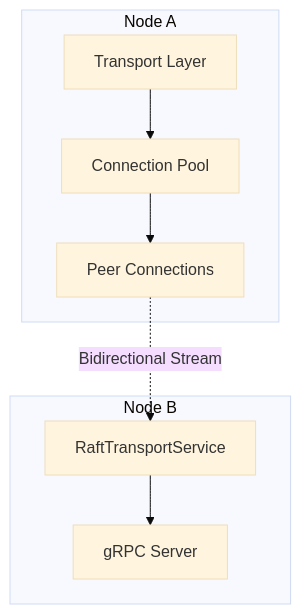
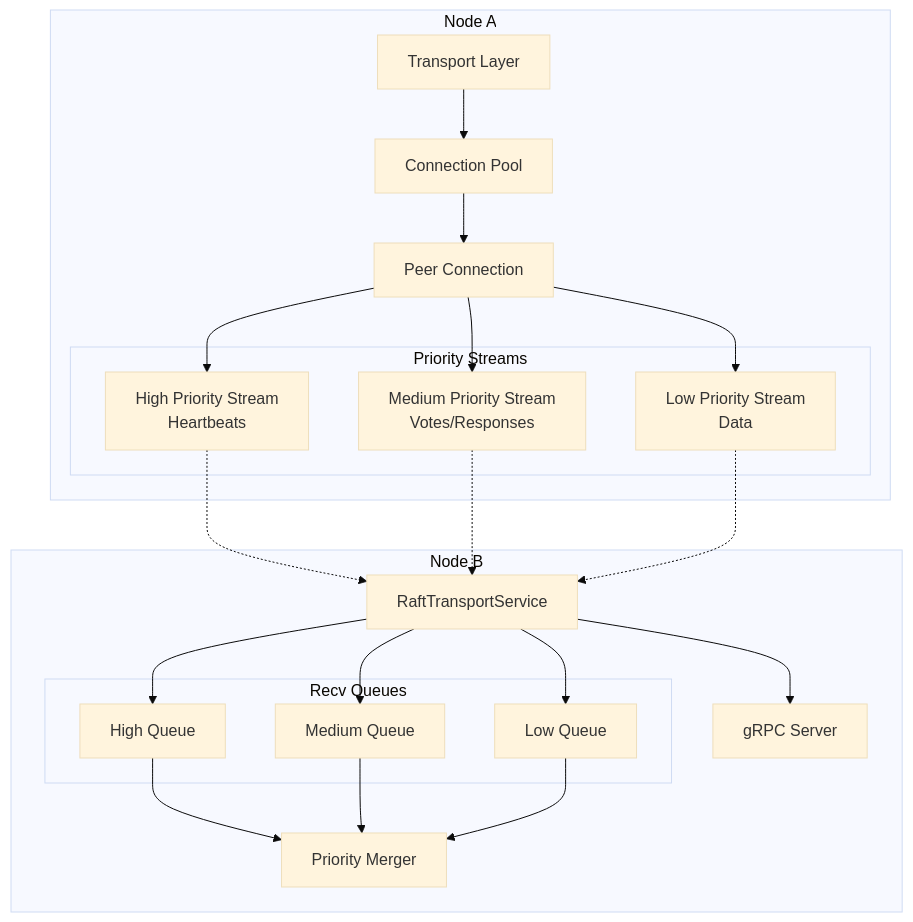
One commit to formancehq/ledger changed the first of 5 diagrams in docs/grpc-connections.md. Above: the diagram before and after it, drawn with Mermaid (base theme). The commit also changed other lines of this file and 14 other files, not shown here.

````diff
--- a/docs/grpc-connections.md
+++ b/docs/grpc-connections.md
@@ -9,18 +9,46 @@
 ```mermaid
 graph TB
     subgraph "Node A"
         Transport[Transport Layer]
         ConnPool[Connection Pool]
-        PeerConn[Peer Connections]
+        PeerConn[Peer Connection]
+        
+        subgraph "Priority Streams"
+            HighStream[High Priority Stream<br/>Heartbeats]
+            MedStream[Medium Priority Stream<br/>Votes/Responses]
+            LowStream[Low Priority Stream<br/>Data]
+        end
     end
     
     subgraph "Node B"
         GRPCServer[gRPC Server]
         RaftService[RaftTransportService]
+        
+        subgraph "Recv Queues"
+            HighQ[High Queue]
+            MedQ[Medium Queue]
+            LowQ[Low Queue]
+        end
+        Merger[Priority Merger]
     end
     
     Transport --> ConnPool
     ConnPool --> PeerConn
-    PeerConn -.Bidirectional Stream.-> RaftService
+    PeerConn --> HighStream
+    PeerConn --> MedStream
+    PeerConn --> LowStream
+    
+    HighStream -.-> RaftService
+    MedStream -.-> RaftService
+    LowStream -.-> RaftService
+    
+    RaftService --> HighQ
+    RaftService --> MedQ
+    RaftService --> LowQ
+    
+    HighQ --> Merger
+    MedQ --> Merger
+    LowQ --> Merger
+    
     RaftService --> GRPCServer
 ```
````
